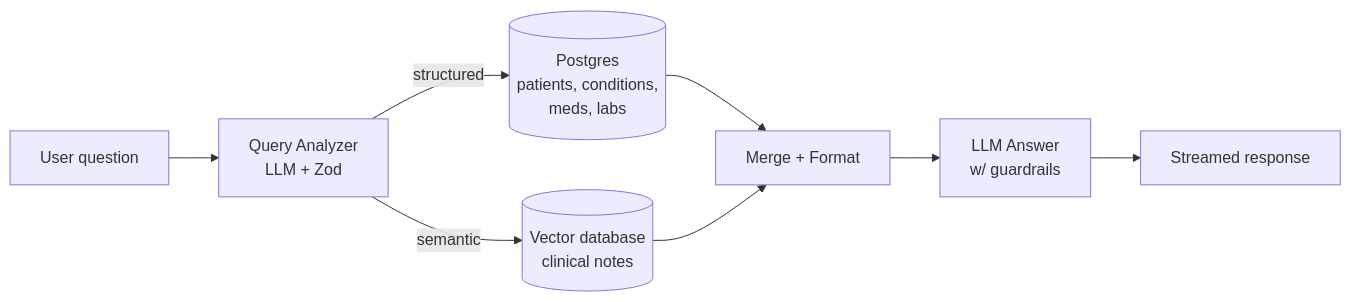
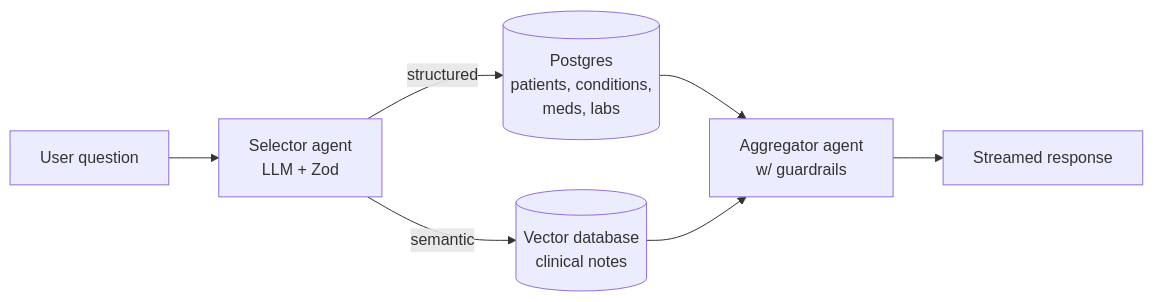
The diagram in curriculum/README.md (projectshft/parsity_medical_rag), drawn with Mermaid before and after one commit. The commit also changed other lines of this file and 34 other files, not shown here.

First line of the commit message:
curriculum: full authoring pass against the current architecture

````diff
--- a/curriculum/README.md
+++ b/curriculum/README.md
@@ -54,10 +54,9 @@
 ```mermaid
 flowchart LR
-    U[User question] --> A[Query Analyzer<br/>LLM + Zod]
+    U[User question] --> A[Selector agent<br/>LLM + Zod]
     A -->|structured| S[(Postgres<br/>patients, conditions,<br/>meds, labs)]
     A -->|semantic| V[(Vector database<br/>clinical notes)]
-    S --> M[Merge + Format]
+    S --> M[Aggregator agent<br/>w/ guardrails]
     V --> M
-    M --> G[LLM Answer<br/>w/ guardrails]
-    G --> U2[Streamed response]
+    M --> U2[Streamed response]
 ```
````
